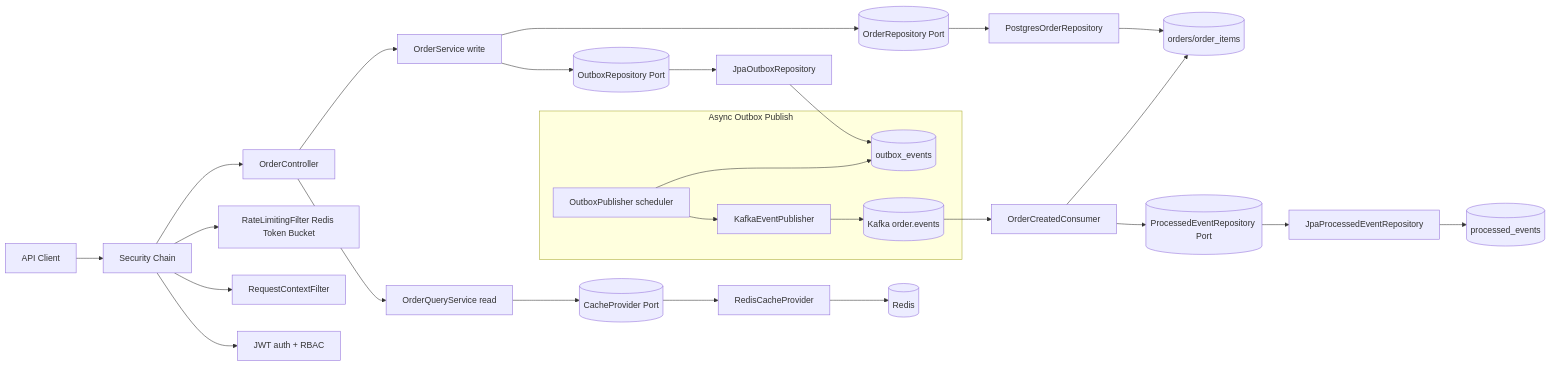
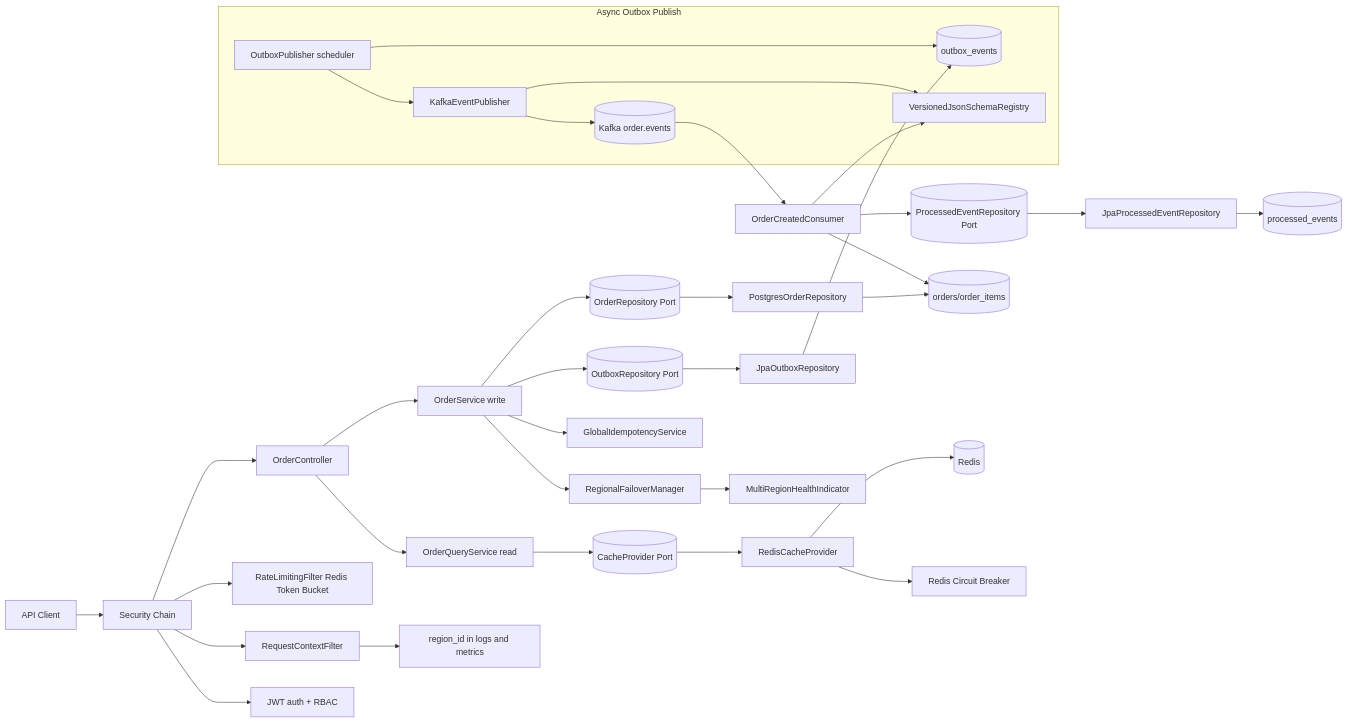
Before and after one commit to AbhinavT09/OrderProcessingSystem: the first of 5 diagrams in docs/index.md, drawn with Mermaid. The commit also changed other lines of this file and 33 other files, not shown here.

Commit message:
add multi-region implementatonand updated docs

````diff
--- a/docs/index.md
+++ b/docs/index.md
@@ -20,36 +24,44 @@
 ```mermaid
 flowchart LR
     Client[API Client] --> SEC[Security Chain]
     SEC --> API[OrderController]
 
     API --> WS[OrderService write]
     API --> QS[OrderQueryService read]
 
     WS --> ORD[(OrderRepository Port)]
     ORD --> JPA[PostgresOrderRepository]
     JPA --> DB[(orders/order_items)]
 
     WS --> OUT[(OutboxRepository Port)]
     OUT --> OUTJPA[JpaOutboxRepository]
     OUTJPA --> ODB[(outbox_events)]
 
     subgraph Async Outbox Publish
       PUB[OutboxPublisher scheduler] --> ODB
       PUB --> KEP[KafkaEventPublisher]
+      KEP --> SR[VersionedJsonSchemaRegistry]
       KEP --> K[(Kafka order.events)]
     end
 
     K --> KC[OrderCreatedConsumer]
+    KC --> SR
     KC --> PR[(ProcessedEventRepository Port)]
     PR --> PRJPA[JpaProcessedEventRepository]
     PRJPA --> PDB[(processed_events)]
     KC --> DB
 
     QS --> CP[(CacheProvider Port)]
     CP --> RCP[RedisCacheProvider]
     RCP --> REDIS[(Redis)]
+    RCP --> CB[Redis Circuit Breaker]
 
     SEC --> RL[RateLimitingFilter Redis Token Bucket]
     SEC --> RC[RequestContextFilter]
     SEC --> JWT[JWT auth + RBAC]
+
+    RC --> RMDC[region_id in logs and metrics]
+    WS --> GID[GlobalIdempotencyService]
+    WS --> RFM[RegionalFailoverManager]
+    RFM --> HC[MultiRegionHealthIndicator]
 ```
````
